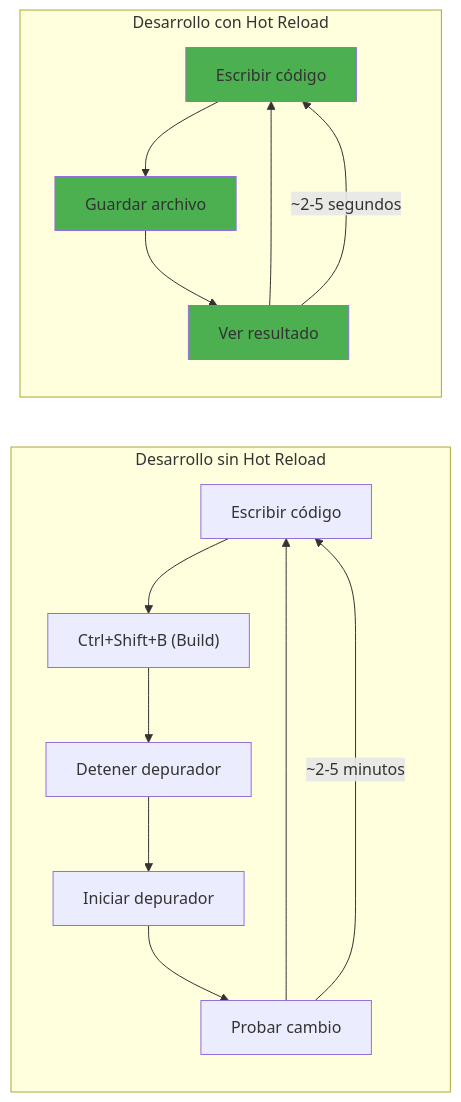
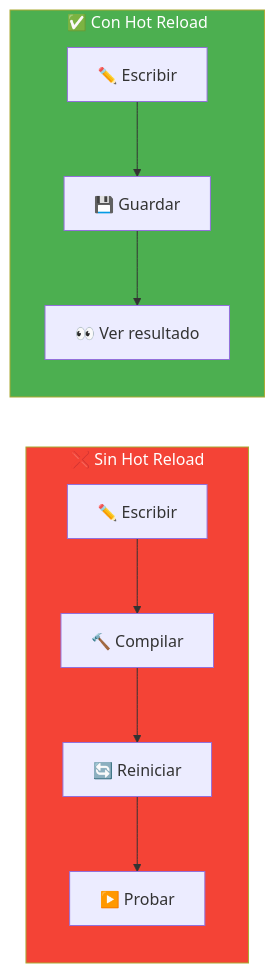
Before and after one commit to joseluisgs/DesarrolloWebEntornosServidor-02-2026-2027: the seventh of 7 diagrams in 01-conceptos-servicios.md, drawn with Mermaid. The commit also changed other lines of this file, not shown here.

````diff
--- a/01-conceptos-servicios.md
+++ b/01-conceptos-servicios.md
@@ -1635,24 +402,14 @@
 ```mermaid
 flowchart LR
-    subgraph "Desarrollo sin Hot Reload"
-        A["Escribir código"]
-        B["Ctrl+Shift+B (Build)"]
-        C["Detener depurador"]
-        D["Iniciar depurador"]
-        E["Probar cambio"]
-        A --> B --> C --> D --> E --> A
-        E -->|"~2-5 minutos"| A
+    subgraph SIN["❌ Sin Hot Reload"]
+        A1["✏️ Escribir"] --> A2["🔨 Compilar"]
+        A2 --> A3["🔄 Reiniciar"]
+        A3 --> A4["▶️ Probar"]
     end
-    
-    subgraph "Desarrollo con Hot Reload"
-        F["Escribir código"]
-        G["Guardar archivo"]
-        H["Ver resultado"]
-        F --> G --> H --> F
-        H -->|"~2-5 segundos"| F
+    subgraph CON["✅ Con Hot Reload"]
+        B1["✏️ Escribir"] --> B2["💾 Guardar"]
+        B2 --> B3["👀 Ver resultado"]
     end
-    
-    style F fill:#4CAF50
-    style G fill:#4CAF50
-    style H fill:#4CAF50
+    style SIN fill:#f44336,color:#fff
+    style CON fill:#4CAF50,color:#fff
 ```
````
